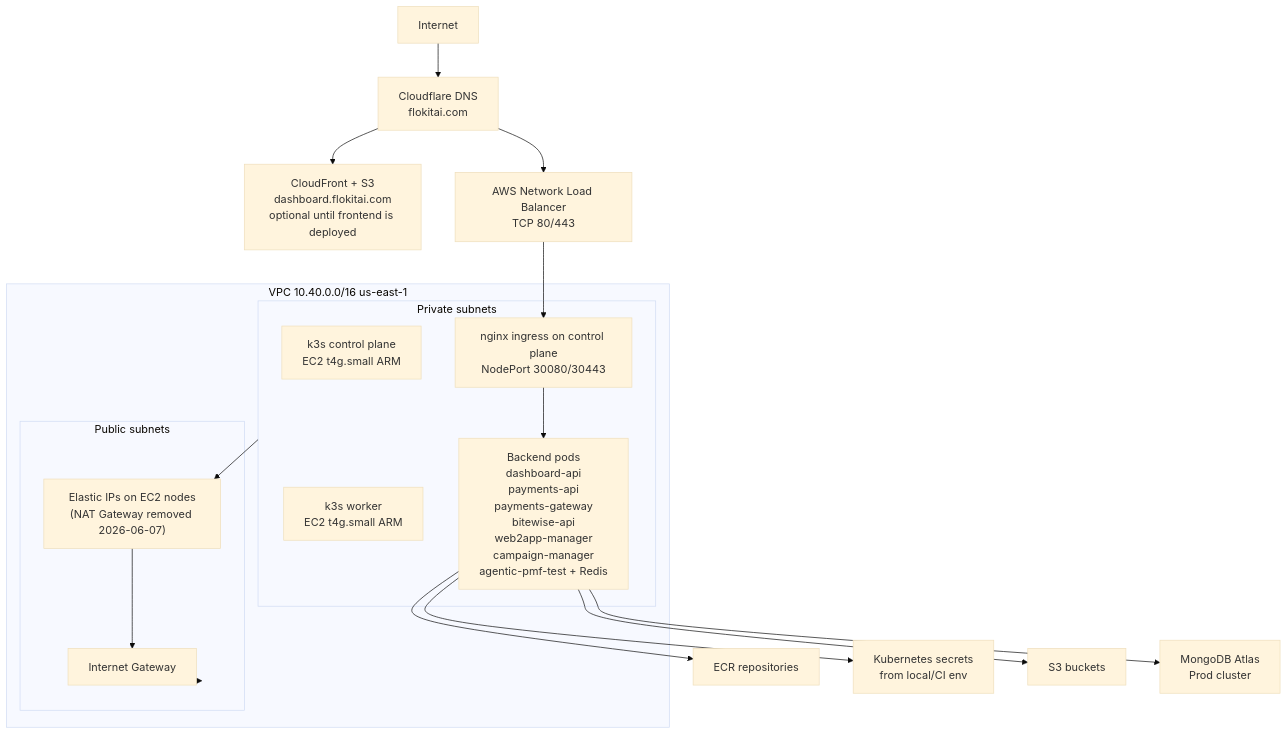
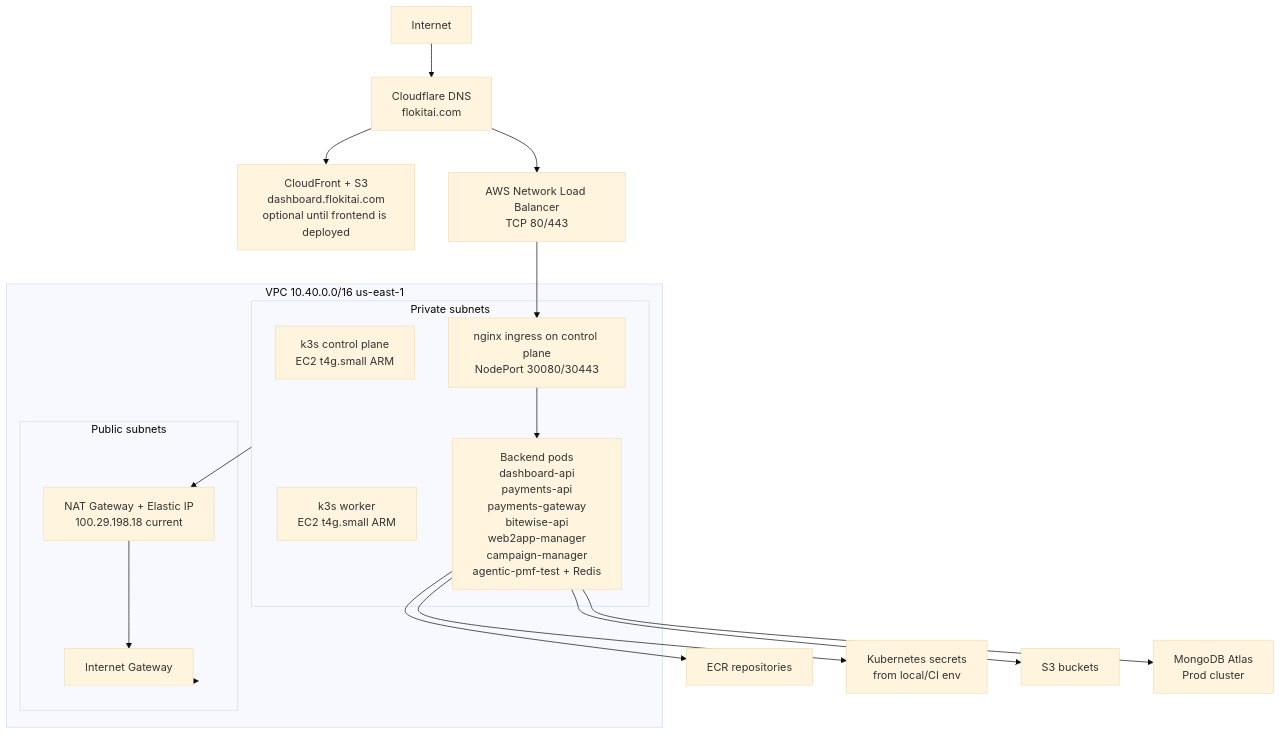
The diagram in Infrastructure/flokit_environment_hld.md (shaiboujuP/documentation), drawn with Mermaid (base theme) before and after one commit. The commit also changed other lines of this file and 1 other file, not shown here.

````diff
--- a/Infrastructure/flokit_environment_hld.md
+++ b/Infrastructure/flokit_environment_hld.md
@@ -87,39 +120,39 @@
 ```mermaid
 flowchart TB
   internet["Internet"]
   cloudflare["Cloudflare DNS<br/>flokitai.com"]
   dashboardCdn["CloudFront + S3<br/>dashboard.flokitai.com<br/>optional until frontend is deployed"]
   nlb["AWS Network Load Balancer<br/>TCP 80/443"]
 
   subgraph vpc["VPC 10.40.0.0/16 us-east-1"]
     subgraph public["Public subnets"]
       igw["Internet Gateway"]
-      eip["Elastic IPs on EC2 nodes<br/>(NAT Gateway removed 2026-06-07)"]
+      nat["NAT Gateway + Elastic IP<br/>100.29.198.18 current"]
     end
 
     subgraph private["Private subnets"]
       cp["k3s control plane<br/>EC2 t4g.small ARM"]
       worker["k3s worker<br/>EC2 t4g.small ARM"]
       ingress["nginx ingress on control plane<br/>NodePort 30080/30443"]
       pods["Backend pods<br/>dashboard-api<br/>payments-api<br/>payments-gateway<br/>bitewise-api<br/>web2app-manager<br/>campaign-manager<br/>agentic-pmf-test + Redis"]
     end
   end
 
   ecr["ECR repositories"]
   secrets["Kubernetes secrets<br/>from local/CI env"]
   s3["S3 buckets"]
   atlas["MongoDB Atlas<br/>Prod cluster"]
 
   internet --> cloudflare
   cloudflare --> dashboardCdn
   cloudflare --> nlb
   nlb --> ingress
   ingress --> pods
   pods --> atlas
   pods --> ecr
   pods --> secrets
   pods --> s3
-  private --> eip
-  eip --> igw
+  private --> nat
+  nat --> igw
   public --> igw
 ```
````
